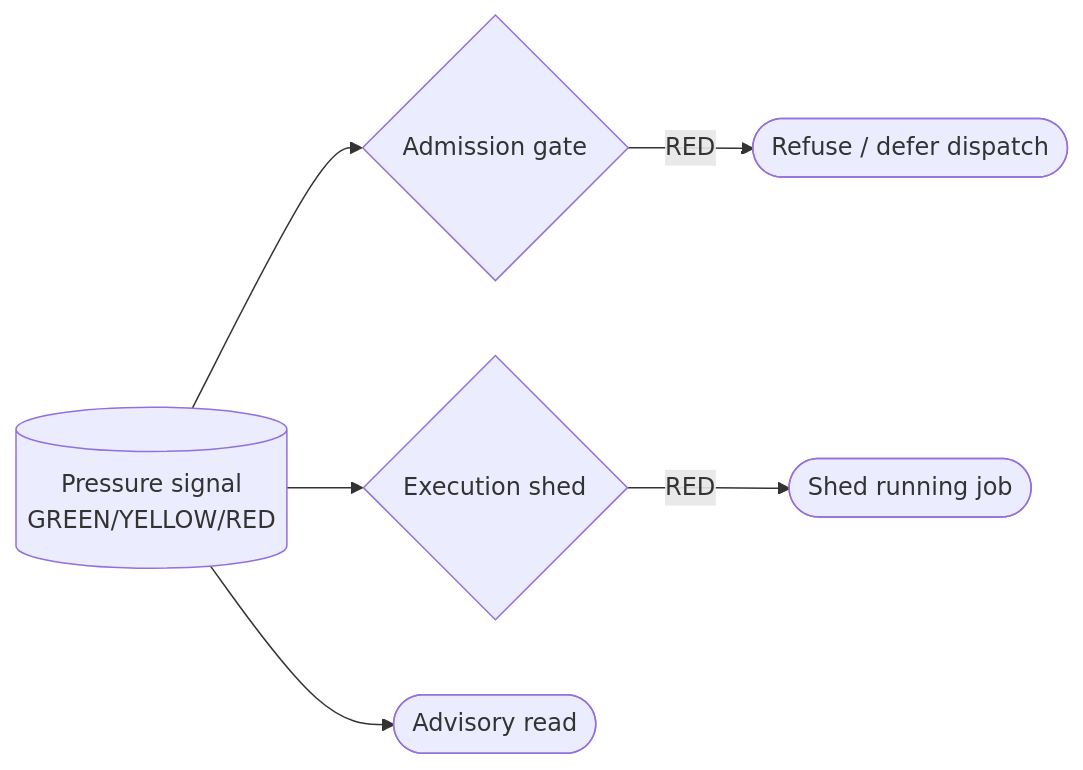
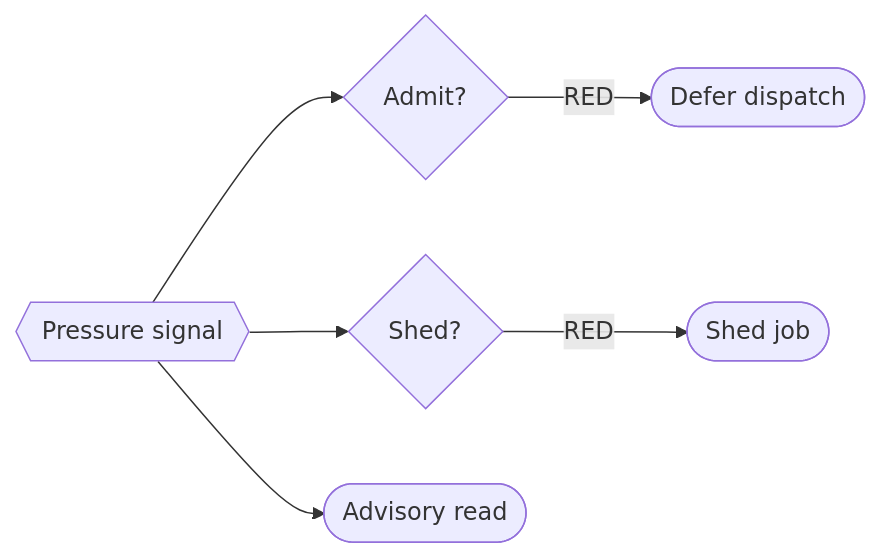
One commit to davisjam/agent-governance-mechanisms changed the diagram in book/appendix-fills/agent/resource-pressure-gating.md. Above: the diagram before and after it, drawn with Mermaid. The commit also changed other lines of this file and 25 other files, not shown here.

Commit message:
feat(appxC): bespoke diagrams replacing shared glyphs (batches F+G)

````diff
--- a/book/appendix-fills/agent/resource-pressure-gating.md
+++ b/book/appendix-fills/agent/resource-pressure-gating.md
@@ -35,8 +35,8 @@
 ```mermaid
 flowchart LR
-  Monitor[(Pressure signal<br/>GREEN/YELLOW/RED)] --> Admit{Admission gate}
-  Monitor --> Shed{Execution shed}
-  Monitor --> Advise([Advisory read])
-  Admit -->|RED| Defer([Refuse / defer dispatch])
-  Shed -->|RED| Stop([Shed running job])
+  Sig{{Pressure signal}} --> Admit{Admit?}
+  Sig --> Shed{Shed?}
+  Sig --> Advise([Advisory read])
+  Admit -->|RED| Defer([Defer dispatch])
+  Shed -->|RED| Stop([Shed job])
 ```
````
